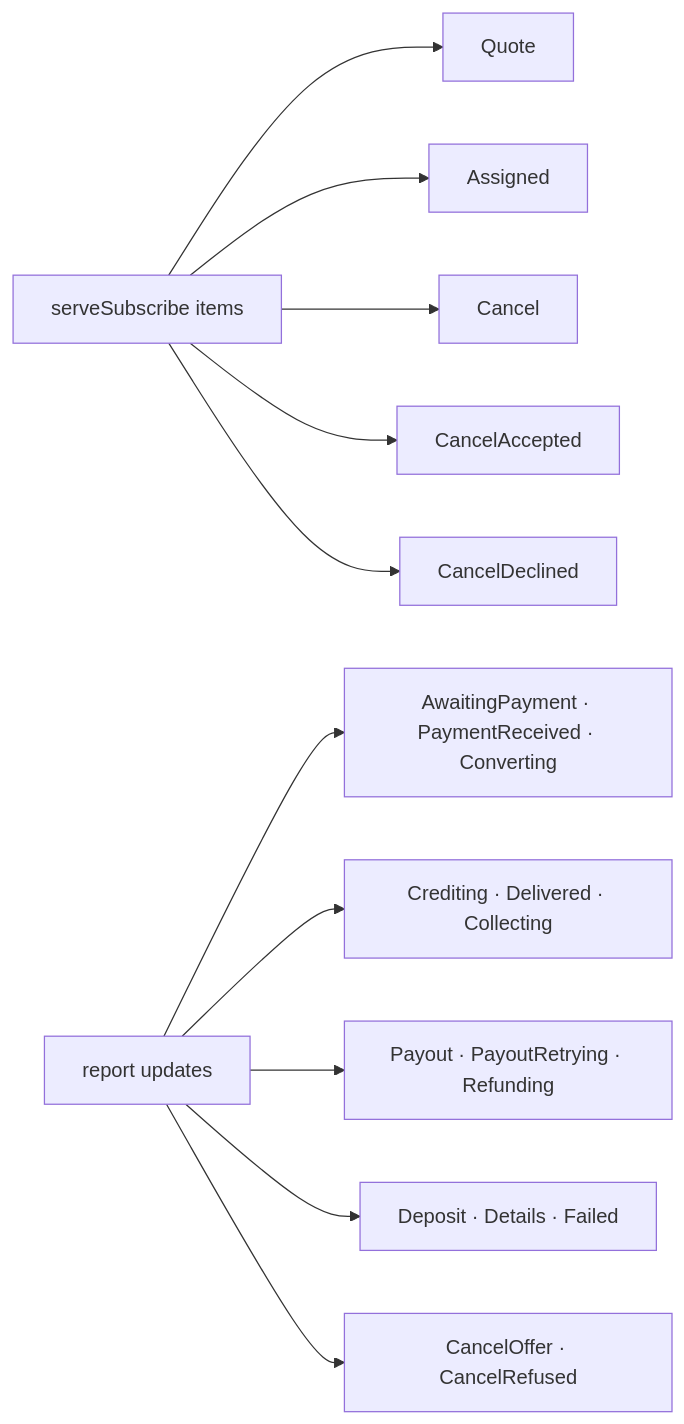
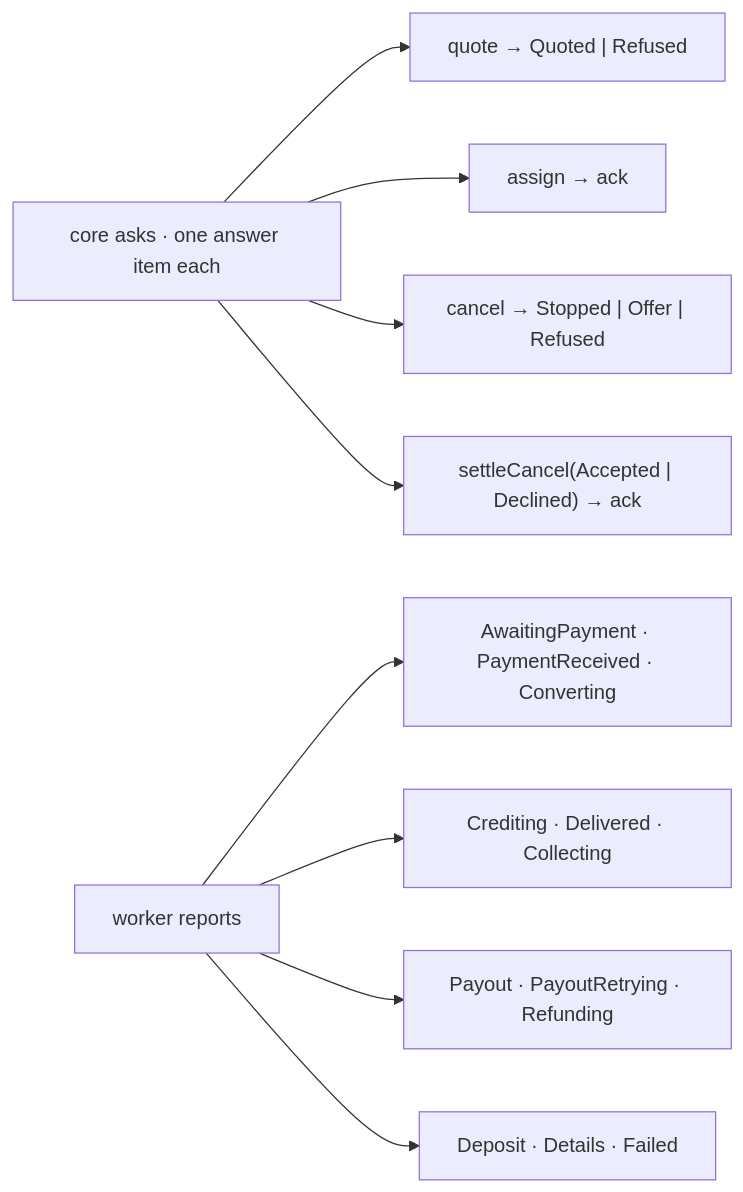
Before and after one commit to paritytech/trinity-user-agents: the second of 8 diagrams in docs/design/funding-modality.md, drawn with Mermaid. The commit also changed other lines of this file, not shown here.

Commit message:
docs(design): the core calls the provider's worker; one offer per cancel

````diff
--- a/docs/design/funding-modality.md
+++ b/docs/design/funding-modality.md
@@ -68,9 +68,11 @@
 ```mermaid
 flowchart LR
-  serve["serveSubscribe items"] --> Q[Quote] & A[Assigned] & C[Cancel] & CA[CancelAccepted] & CD[CancelDeclined]
-  report["report updates"] --> u1[AwaitingPayment · PaymentReceived · Converting]
+  core["core asks · one answer item each"] --> Q["quote → Quoted | Refused"]
+  core --> A["assign → ack"]
+  core --> C["cancel → Stopped | Offer | Refused"]
+  core --> S["settleCancel(Accepted | Declined) → ack"]
+  report["worker reports"] --> u1[AwaitingPayment · PaymentReceived · Converting]
   report --> u2[Crediting · Delivered · Collecting]
   report --> u3[Payout · PayoutRetrying · Refunding]
   report --> u4[Deposit · Details · Failed]
-  report --> u5[CancelOffer · CancelRefused]
 ```
````
